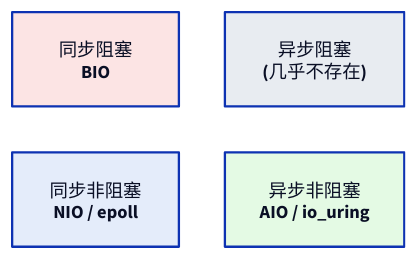
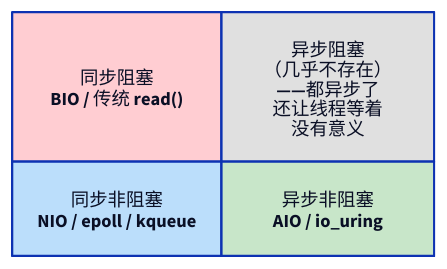
The diagram in diagrams/io-quadrant.d2 (zhleeo/zlab), drawn with D2 before and after one commit. The commit also changed 21 other files, not shown here.

```diff
--- a/diagrams/io-quadrant.d2
+++ b/diagrams/io-quadrant.d2
@@ -1,17 +1,25 @@
-# 同步/异步 x 阻塞/非阻塞 四象限
-
+# 同步/异步 × 阻塞/非阻塞 四象限
+direction: right
 grid-rows: 2
 grid-columns: 2
+grid-gap: 0
 
-同步阻塞: "同步阻塞\nBIO" {
-  style.fill: "#fce4e4"
+sync-block: {
+  label: "同步阻塞\nBIO / 传统 read()"
+  style.fill: "#ffcdd2"
 }
-异步阻塞: "异步阻塞\n(几乎不存在)" {
-  style.fill: "#e8ecf1"
+
+async-block: {
+  label: "异步阻塞\n（几乎不存在）\n——都异步了\n还让线程等着\n没有意义"
+  style.fill: "#e0e0e0"
 }
-同步非阻塞: "同步非阻塞\nNIO / epoll" {
-  style.fill: "#e4ecfa"
+
+sync-nonblock: {
+  label: "同步非阻塞\nNIO / epoll / kqueue"
+  style.fill: "#bbdefb"
 }
-异步非阻塞: "异步非阻塞\nAIO / io_uring" {
-  style.fill: "#e4fae4"
+
+async-nonblock: {
+  label: "异步非阻塞\nAIO / io_uring"
+  style.fill: "#c8e6c9"
 }
```
